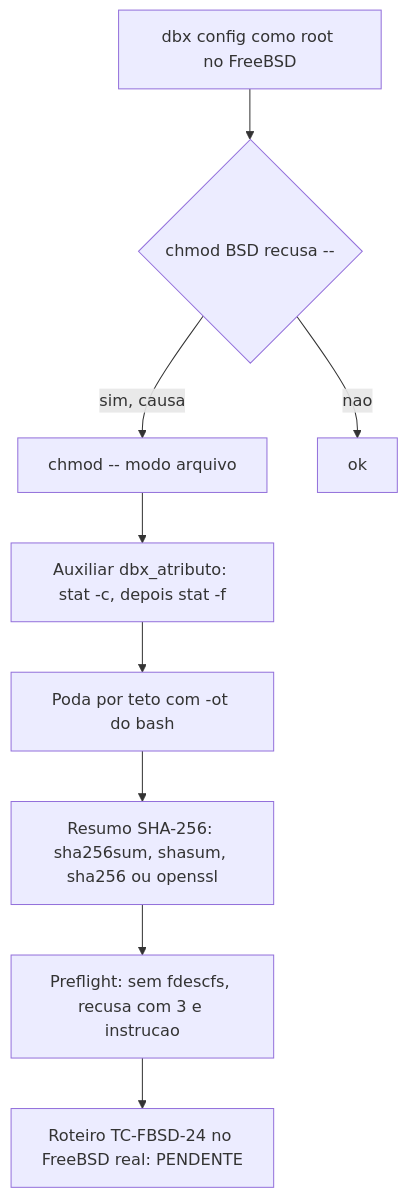
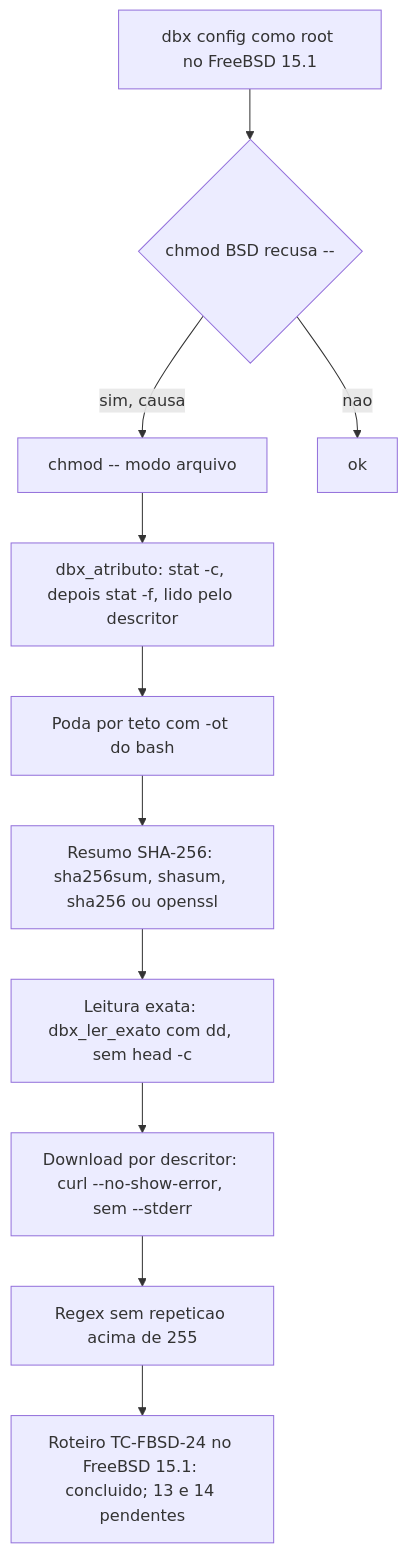
The diagram in docs/reviews/2026-10-24-1153-registro-suporte-freebsd.md (salesadriano/dropbox_sync), drawn with Mermaid before and after one commit. The commit also changed other lines of this file and 5 other files, not shown here.

First line of the commit message:
docs(reviews): registro de entrega do suporte a FreeBSD com a validacao no sistema real

````diff
--- a/docs/reviews/2026-10-24-1153-registro-suporte-freebsd.md
+++ b/docs/reviews/2026-10-24-1153-registro-suporte-freebsd.md
@@ -154,11 +207,13 @@
 ```mermaid
 flowchart TD
-    A[dbx config como root no FreeBSD] --> B{chmod BSD recusa --}
+    A[dbx config como root no FreeBSD 15.1] --> B{chmod BSD recusa --}
     B -->|sim, causa| C[chmod -- modo arquivo]
     B -->|nao| D[ok]
-    C --> E[Auxiliar dbx_atributo: stat -c, depois stat -f]
+    C --> E[dbx_atributo: stat -c, depois stat -f, lido pelo descritor]
     E --> F[Poda por teto com -ot do bash]
     F --> G[Resumo SHA-256: sha256sum, shasum, sha256 ou openssl]
-    G --> H[Preflight: sem fdescfs, recusa com 3 e instrucao]
-    H --> I[Roteiro TC-FBSD-24 no FreeBSD real: PENDENTE]
+    G --> H[Leitura exata: dbx_ler_exato com dd, sem head -c]
+    H --> I[Download por descritor: curl --no-show-error, sem --stderr]
+    I --> J[Regex sem repeticao acima de 255]
+    J --> K[Roteiro TC-FBSD-24 no FreeBSD 15.1: concluido; 13 e 14 pendentes]
 ```
````
